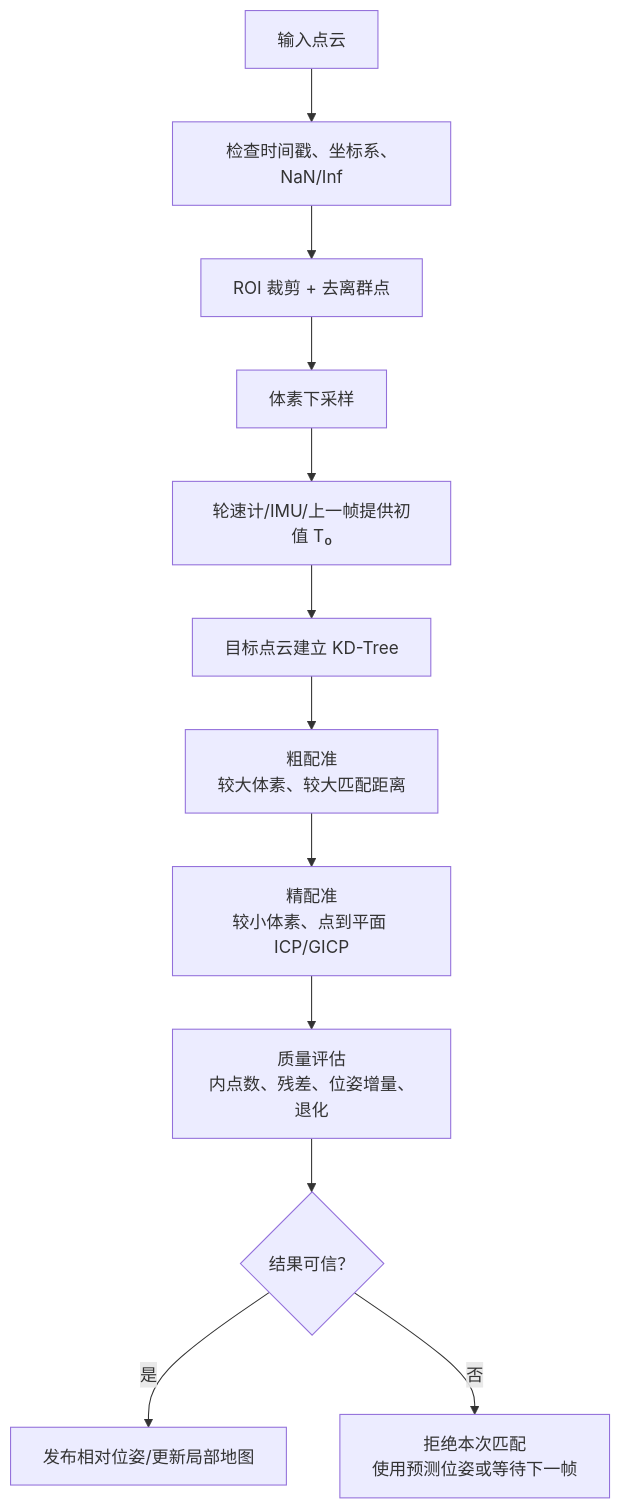
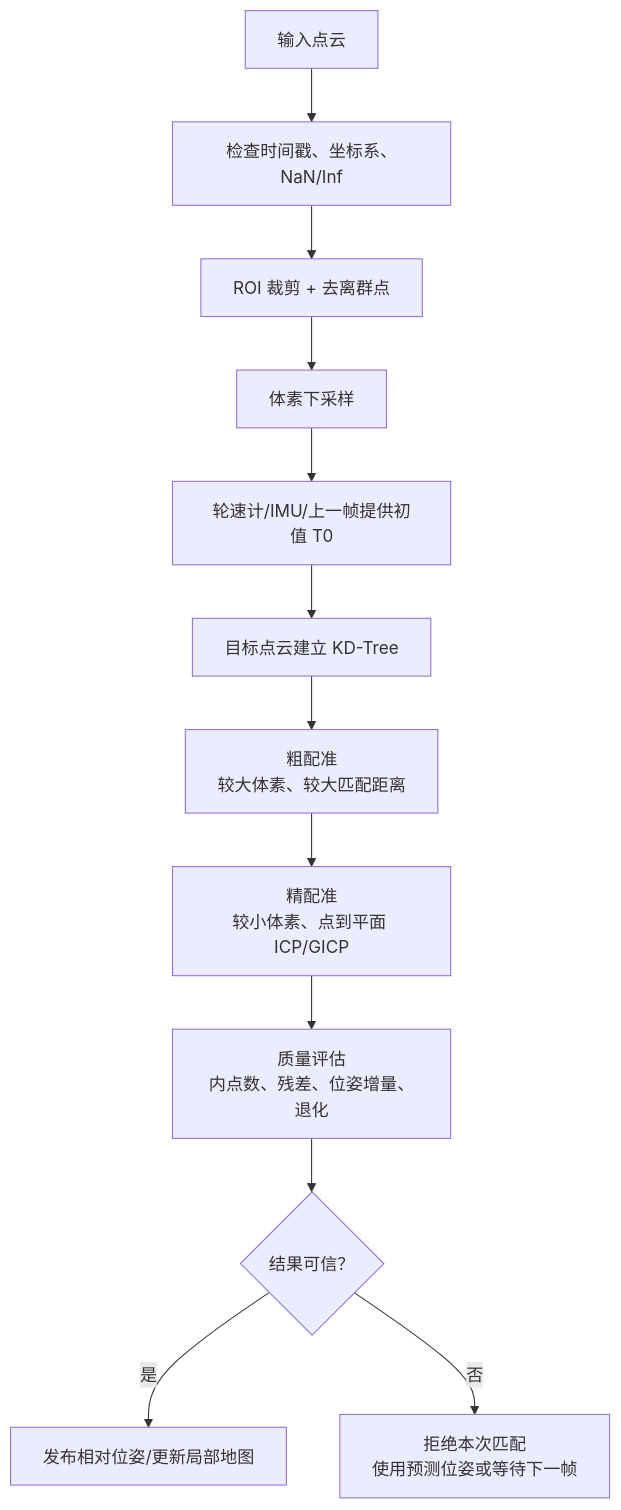
The fourth of 5 diagrams in src/LaserMotion/doc/ICP点线体系化学习指南.md (2KM2/ROS-NOTEIC), drawn with Mermaid before and after one commit. The commit also changed other lines of this file and 1 other file, not shown here.

First line of the commit message:
docs: fix Mermaid diagrams in ICP guides

````diff
--- a/src/LaserMotion/doc/ICP点线体系化学习指南.md
+++ b/src/LaserMotion/doc/ICP点线体系化学习指南.md
@@ -778,18 +767,14 @@
 ```mermaid
 flowchart TD
-    A[输入点云] --> B[检查时间戳、坐标系、NaN/Inf]
-    B --> C[ROI 裁剪 + 去离群点]
-    C --> D[体素下采样]
-    D --> E[轮速计/IMU/上一帧提供初值 T₀]
-    E --> F[目标点云建立 KD-Tree]
-    F --> G[粗配准
-较大体素、较大匹配距离]
-    G --> H[精配准
-较小体素、点到平面 ICP/GICP]
-    H --> I[质量评估
-内点数、残差、位姿增量、退化]
-    I --> J{结果可信？}
-    J -->|是| K[发布相对位姿/更新局部地图]
-    J -->|否| L[拒绝本次匹配
-使用预测位姿或等待下一帧]
+    A["输入点云"] --> B["检查时间戳、坐标系、NaN/Inf"]
+    B --> C["ROI 裁剪 + 去离群点"]
+    C --> D["体素下采样"]
+    D --> E["轮速计/IMU/上一帧提供初值 T0"]
+    E --> F["目标点云建立 KD-Tree"]
+    F --> G["粗配准<br/>较大体素、较大匹配距离"]
+    G --> H["精配准<br/>较小体素、点到平面 ICP/GICP"]
+    H --> I["质量评估<br/>内点数、残差、位姿增量、退化"]
+    I --> J{"结果可信？"}
+    J -->|是| K["发布相对位姿/更新局部地图"]
+    J -->|否| L["拒绝本次匹配<br/>使用预测位姿或等待下一帧"]
 ```
````
